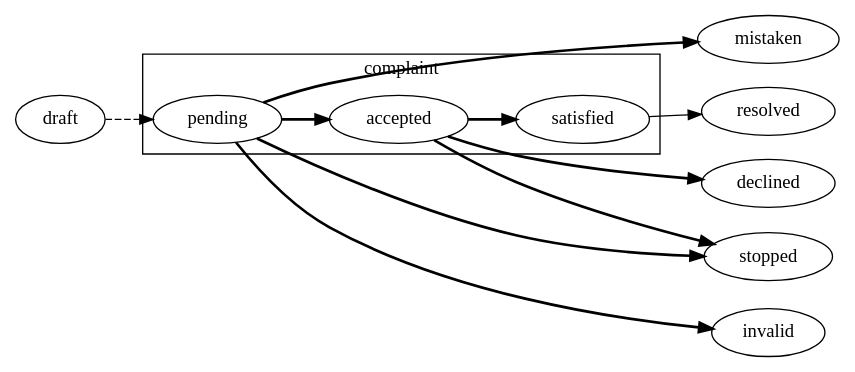
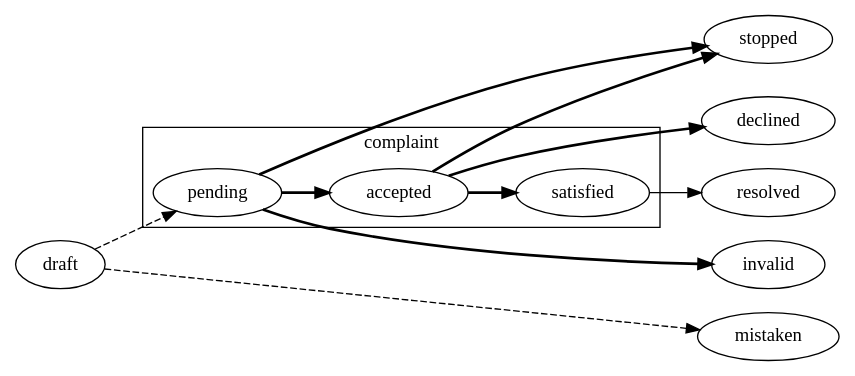
One commit to ProzorroUKR/openprocurement.api changed the fourth of 4 diagrams in docs/source/tendering/competitivedialogue/complaints.rst. Above: the diagram before and after it, drawn with Graphviz. The commit also changed 108 other files, not shown here.

```diff
--- a/docs/source/tendering/competitivedialogue/complaints.rst
+++ b/docs/source/tendering/competitivedialogue/complaints.rst
@@ -103,17 +103,16 @@
 .. graphviz::
 
     digraph G {
         rankdir=LR;
         {rank=same; mistaken; invalid; resolved; declined; stopped;}
         subgraph cluster_complaint {
             label = "complaint";
             pending; satisfied; accepted;
         }
         satisfied -> resolved;
         edge[style=dashed];
-        draft -> pending;
+        draft -> {pending, mistaken};
         edge[style=bold];
         accepted -> {declined,satisfied,stopped};
         pending -> {accepted,invalid,stopped};
-        {pending} -> mistaken;
     }
```
